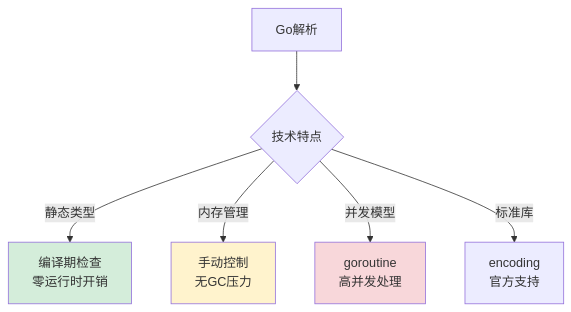
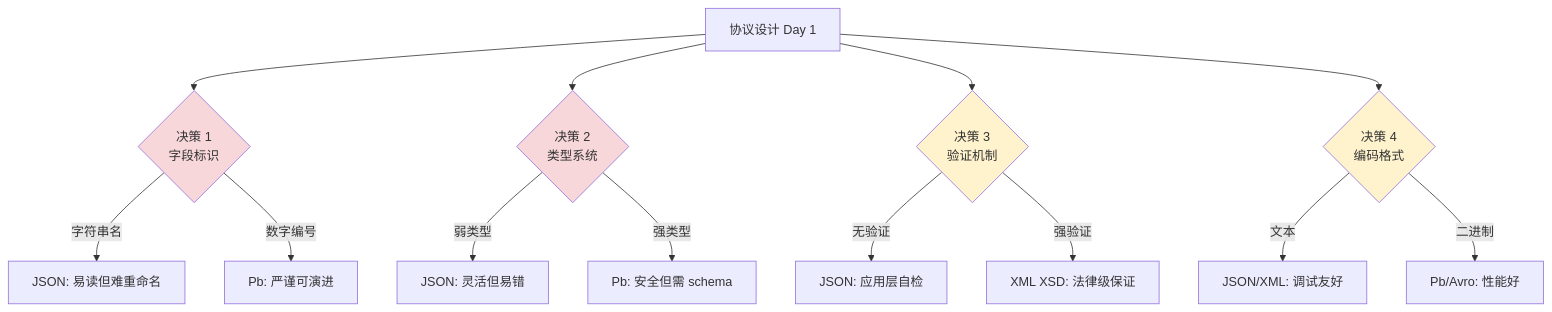
One commit to chongyang211/YCBookBlog changed diagram 21 of 21 in 00.通用技术的提升/02.程序编程原理/06.数据解析设计思想.md. Above: the diagram before and after it, drawn with Mermaid. The commit also changed other lines of this file and 5 other files, not shown here.

````diff
--- a/00.通用技术的提升/02.程序编程原理/06.数据解析设计思想.md
+++ b/00.通用技术的提升/02.程序编程原理/06.数据解析设计思想.md
@@ -2585,12 +5726,24 @@
 ```mermaid
-graph TB
-    A[Go解析] --> B{技术特点}
-    B -->|静态类型| C[编译期检查<br/>零运行时开销]
-    B -->|内存管理| D[手动控制<br/>无GC压力]
-    B -->|并发模型| E[goroutine<br/>高并发处理]
-    B -->|标准库| F[encoding<br/>官方支持]
+flowchart TD
+    A[协议设计 Day 1] --> D1{决策 1<br/>字段标识}
+    A --> D2{决策 2<br/>类型系统}
+    A --> D3{决策 3<br/>验证机制}
+    A --> D4{决策 4<br/>编码格式}
     
-    style C fill:#d4edda
-    style D fill:#fff3cd
-    style E fill:#f8d7da
+    D1 -->|字符串名| B1[JSON: 易读但难重命名]
+    D1 -->|数字编号| B2[Pb: 严谨可演进]
+    
+    D2 -->|弱类型| C1[JSON: 灵活但易错]
+    D2 -->|强类型| C2[Pb: 安全但需 schema]
+    
+    D3 -->|无验证| E1[JSON: 应用层自检]
+    D3 -->|强验证| E2[XML XSD: 法律级保证]
+    
+    D4 -->|文本| F1[JSON/XML: 调试友好]
+    D4 -->|二进制| F2[Pb/Avro: 性能好]
+
+    style D1 fill:#f8d7da
+    style D2 fill:#f8d7da
+    style D3 fill:#fff3cd
+    style D4 fill:#fff3cd
 ```
````
